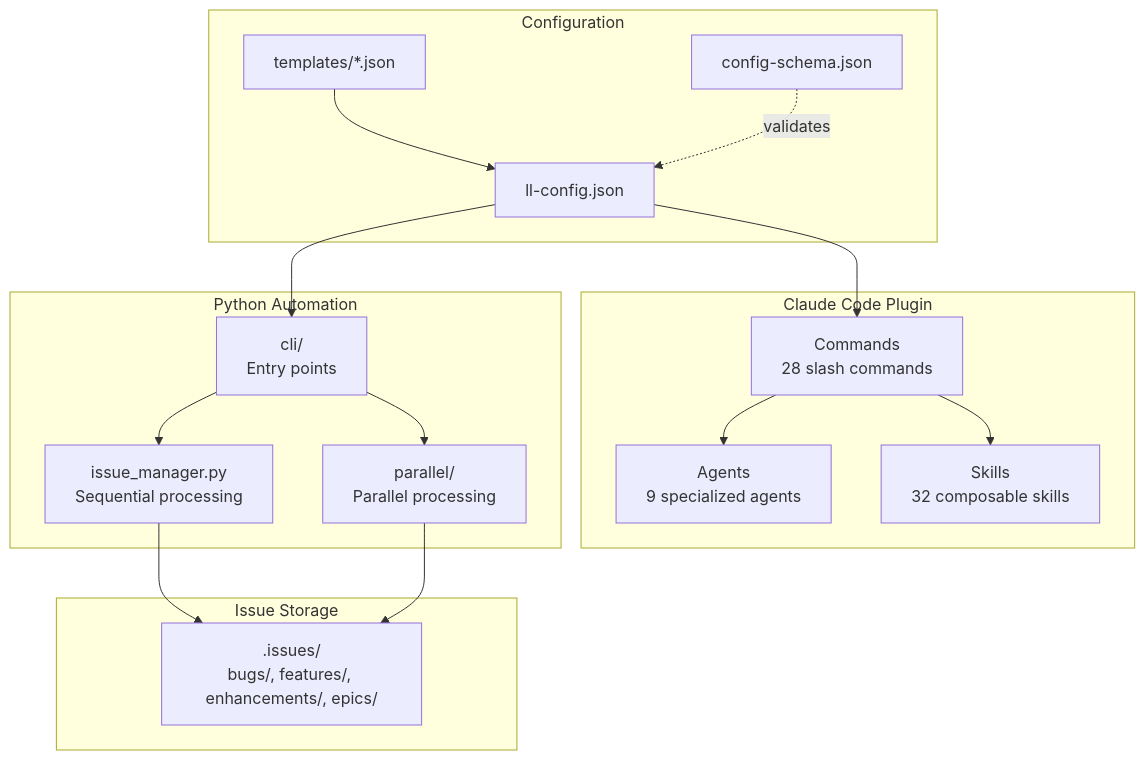
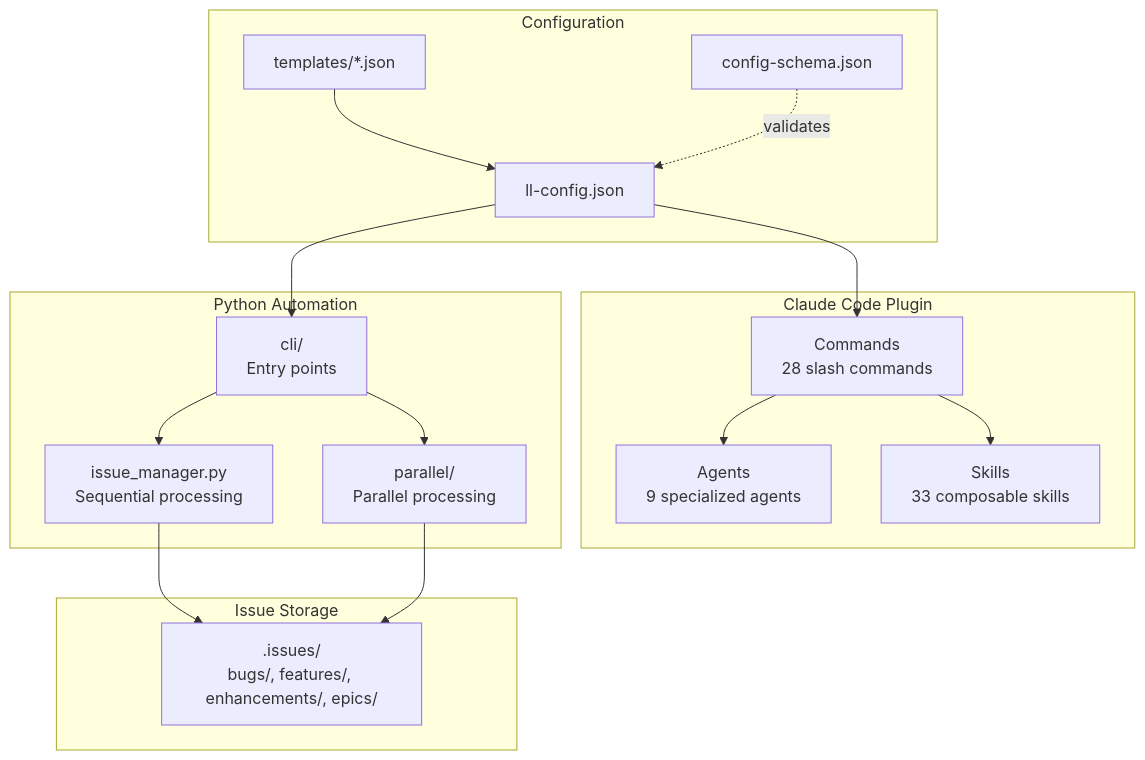
The first of 16 diagrams in docs/ARCHITECTURE.md (BrennonTWilliams/little-loops), drawn with Mermaid before and after one commit. The commit also changed other lines of this file and 16 other files, not shown here.

````diff
--- a/docs/ARCHITECTURE.md
+++ b/docs/ARCHITECTURE.md
@@ -21,35 +21,35 @@
 ```mermaid
 flowchart TB
     subgraph "Claude Code Plugin"
         CMD[Commands<br/>28 slash commands]
         AGT[Agents<br/>9 specialized agents]
-        SKL[Skills<br/>32 composable skills]
+        SKL[Skills<br/>33 composable skills]
     end
 
     subgraph "Configuration"
         CFG[ll-config.json]
         SCHEMA[config-schema.json]
         TPL[templates/*.json]
     end
 
     subgraph "Python Automation"
         CLI[cli/<br/>Entry points]
         AUTO[issue_manager.py<br/>Sequential processing]
         PARALLEL[parallel/<br/>Parallel processing]
     end
 
     subgraph "Issue Storage"
         ISSUES[.issues/<br/>bugs/, features/, enhancements/, epics/]
     end
 
     CFG --> CMD
     TPL --> CFG
     SCHEMA -.->|validates| CFG
     CFG --> CLI
     CMD --> AGT
     CMD --> SKL
     CLI --> AUTO
     CLI --> PARALLEL
     AUTO --> ISSUES
     PARALLEL --> ISSUES
 ```
````
